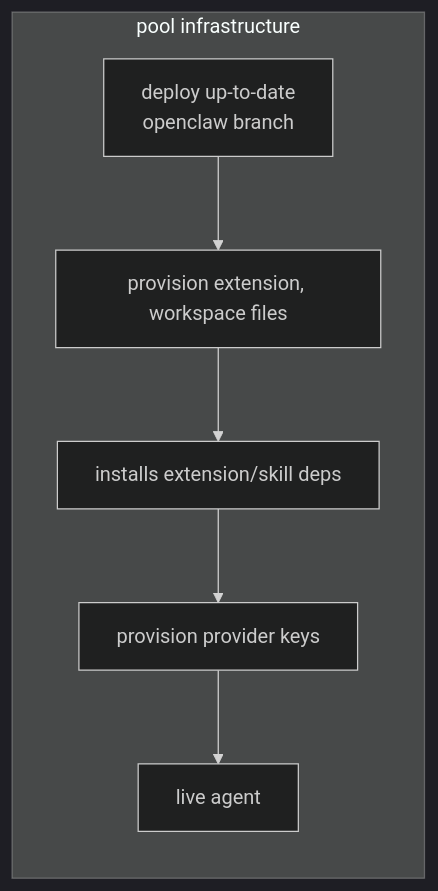
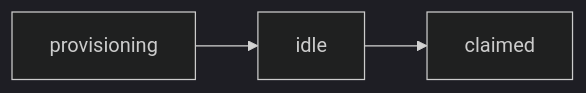
Before and after one commit to xmtplabs/convos-managed-agent-runtime: the second of 2 diagrams in README.md, drawn with Mermaid (dark theme). The commit also changed other lines of this file, not shown here.

Commit message:
docs: README cover tooling, pool, runtime, and providers

````diff
--- a/README.md
+++ b/README.md
@@ -7,11 +77,5 @@
 ```mermaid
 flowchart LR
-  subgraph pool["pool infrastructure"]
-    A[deploy up-to-date<br/>openclaw branch]
-    B[provision extension, workspace files]
-    C[installs extension/skill deps]
-    D[provision provider keys]
-    E[live agent]
-    A --> B --> C --> D --> E
-  end
+  A[provisioning] --> B[idle]
+  B --> C[claimed]
 ```
````
